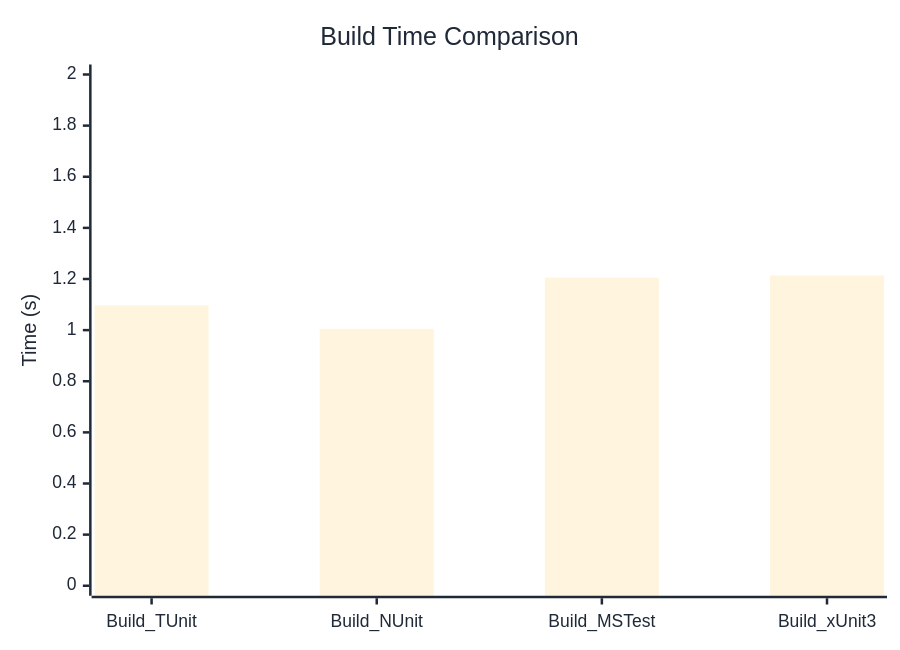
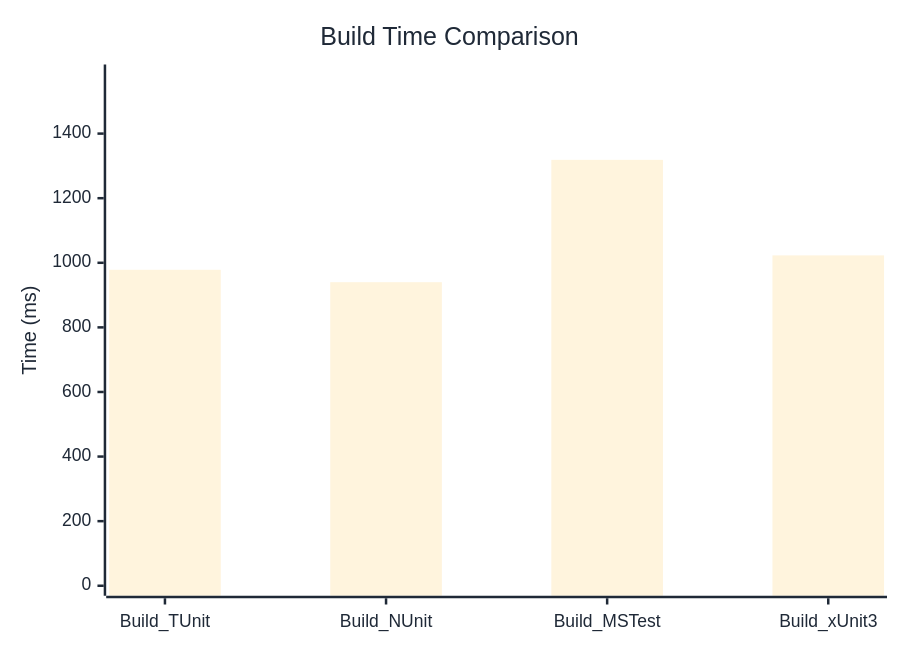
Before and after one commit to thomhurst/TUnit: the diagram in docs/docs/benchmarks/engine/BuildTime.md, drawn with Mermaid. The commit also changed other lines of this file and 17 other files, not shown here.

````diff
--- a/docs/docs/benchmarks/engine/BuildTime.md
+++ b/docs/docs/benchmarks/engine/BuildTime.md
@@ -30,37 +30,37 @@
 ```mermaid
 %%{init: {
   'theme':'base',
   'themeVariables': {
     'primaryColor': '#2563eb',
     'primaryTextColor': '#1f2937',
     'primaryBorderColor': '#1e40af',
     'lineColor': '#6b7280',
     'secondaryColor': '#7c3aed',
     'tertiaryColor': '#dc2626',
     'background': '#ffffff',
     'mainBkg': '#2563eb',
     'secondBkg': '#7c3aed',
     'tertiaryBkg': '#dc2626',
     'clusterBkg': '#f3f4f6',
     'edgeLabelBackground': '#ffffff',
     'tertiaryTextColor': '#1f2937',
     'pie1': '#2563eb',
     'pie2': '#7c3aed',
     'pie3': '#dc2626',
     'pie4': '#f59e0b',
     'pie5': '#10b981',
     'pie6': '#06b6d4',
     'pie7': '#ec4899',
     'pie8': '#6366f1',
     'pie9': '#84cc16',
     'pie10': '#f97316',
     'pie11': '#14b8a6',
     'pie12': '#a855f7'
   }
 }}%%
 xychart-beta
   title "Build Time Comparison"
   x-axis ["Build_TUnit", "Build_NUnit", "Build_MSTest", "Build_xUnit3"]
-  y-axis "Time (s)" 0 --> 2
-  bar [1.097, 1.005, 1.205, 1.214]
+  y-axis "Time (ms)" 0 --> 1583
+  bar [978.3, 939.9, 1318.7, 1022.9]
 ```
````
